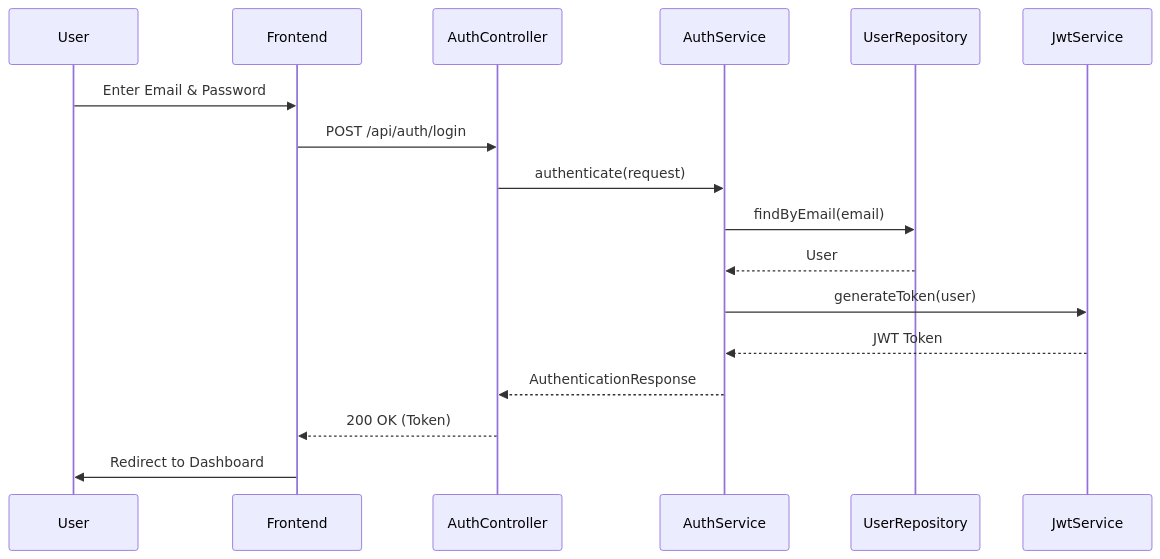
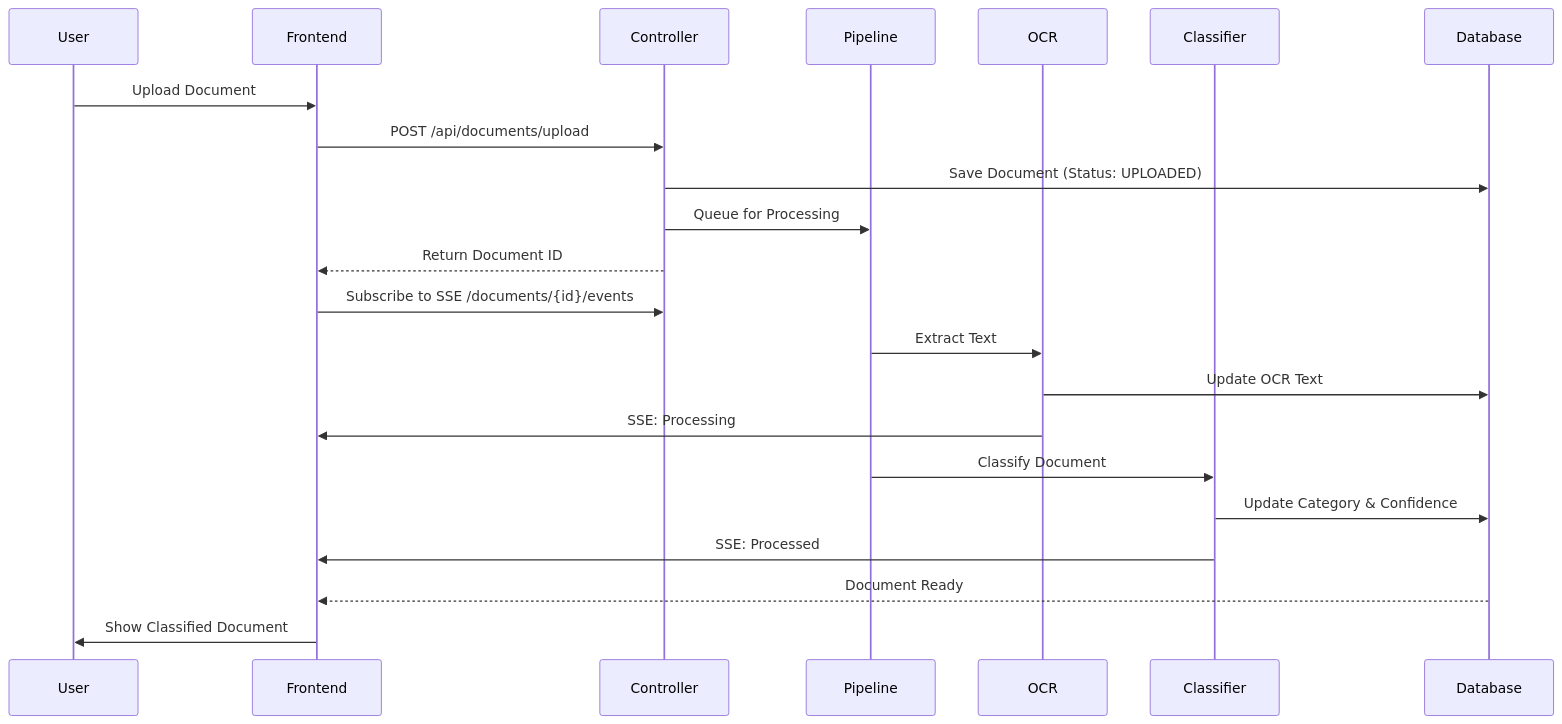
Before and after one commit to KACHOURElmehdi/Docs: the third of 3 diagrams in README.md, drawn with Mermaid. The commit also changed other lines of this file, not shown here.

````diff
--- a/README.md
+++ b/README.md
@@ -145,20 +229,28 @@
 ```mermaid
 sequenceDiagram
     participant User
     participant Frontend
-    participant AuthController
-    participant AuthService
-    participant UserRepository
-    participant JwtService
+    participant Controller
+    participant Pipeline
+    participant OCR
+    participant Classifier
+    participant Database
 
-    User->>Frontend: Enter Email & Password
-    Frontend->>AuthController: POST /api/auth/login
-    AuthController->>AuthService: authenticate(request)
-    AuthService->>UserRepository: findByEmail(email)
-    UserRepository-->>AuthService: User
-    AuthService->>JwtService: generateToken(user)
-    JwtService-->>AuthService: JWT Token
-    AuthService-->>AuthController: AuthenticationResponse
-    AuthController-->>Frontend: 200 OK (Token)
-    Frontend->>User: Redirect to Dashboard
+    User->>Frontend: Upload Document
+    Frontend->>Controller: POST /api/documents/upload
+    Controller->>Database: Save Document (Status: UPLOADED)
+    Controller->>Pipeline: Queue for Processing
+    Controller-->>Frontend: Return Document ID
+    Frontend->>Controller: Subscribe to SSE /documents/{id}/events
+    
+    Pipeline->>OCR: Extract Text
+    OCR->>Database: Update OCR Text
+    OCR->>Frontend: SSE: Processing
+    
+    Pipeline->>Classifier: Classify Document
+    Classifier->>Database: Update Category & Confidence
+    Classifier->>Frontend: SSE: Processed
+    
+    Database-->>Frontend: Document Ready
+    Frontend->>User: Show Classified Document
 ```
````
